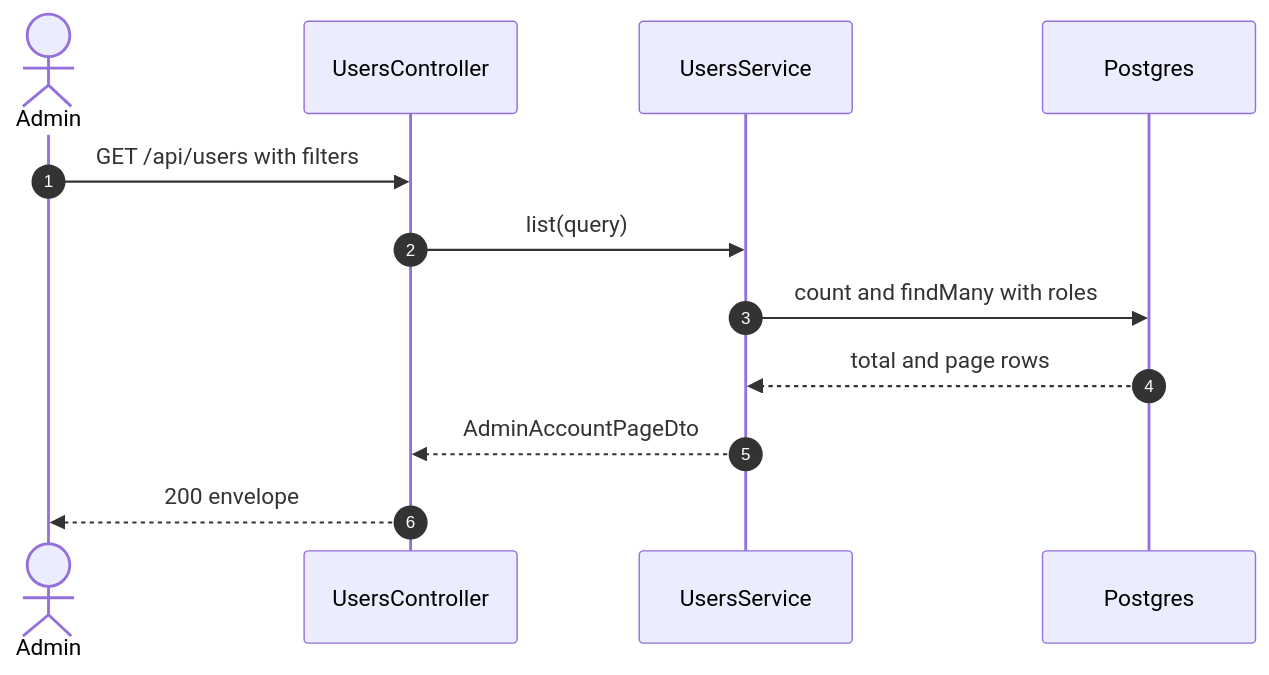
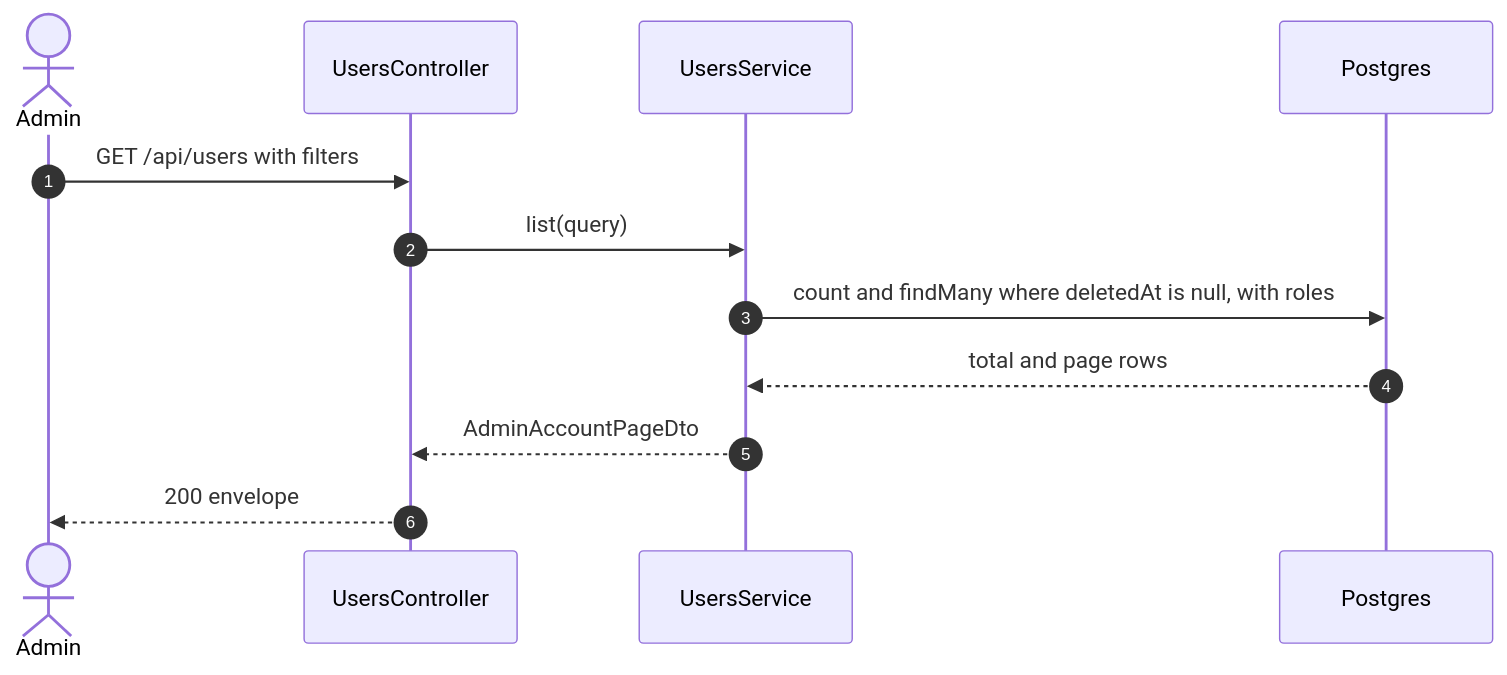
Before and after one commit to TrekLink-Team/treklink-web: the second of 2 diagrams in specs/auth/api-design/11-get-users-list.md, drawn with Mermaid. The commit also changed other lines of this file and 9 other files, not shown here.

````diff
--- a/specs/auth/api-design/11-get-users-list.md
+++ b/specs/auth/api-design/11-get-users-list.md
@@ -107,14 +107,14 @@
 ```mermaid
 sequenceDiagram
     autonumber
     actor Admin
     participant Controller as UsersController
     participant Service as UsersService
     participant DB as Postgres
     Admin->>Controller: GET /api/users with filters
     Controller->>Service: list(query)
-    Service->>DB: count and findMany with roles
+    Service->>DB: count and findMany where deletedAt is null, with roles
     DB-->>Service: total and page rows
     Service-->>Controller: AdminAccountPageDto
     Controller-->>Admin: 200 envelope
 ```
````
